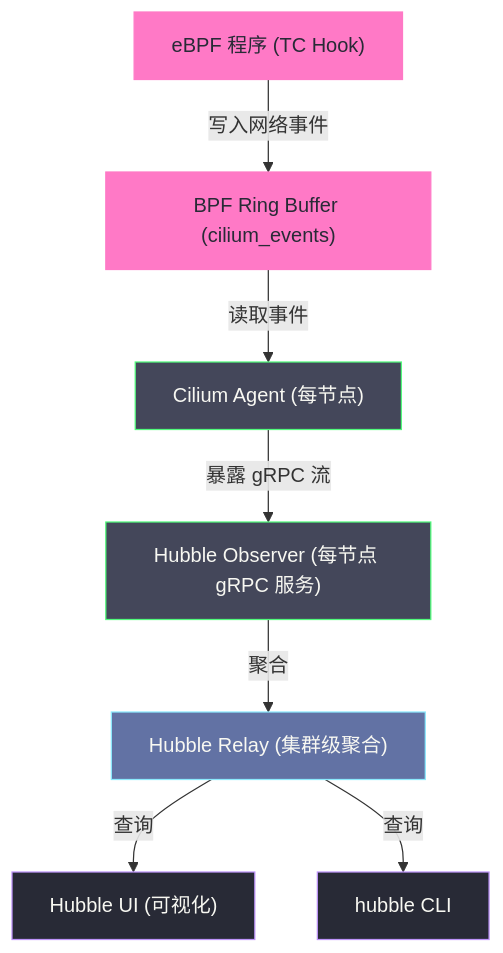
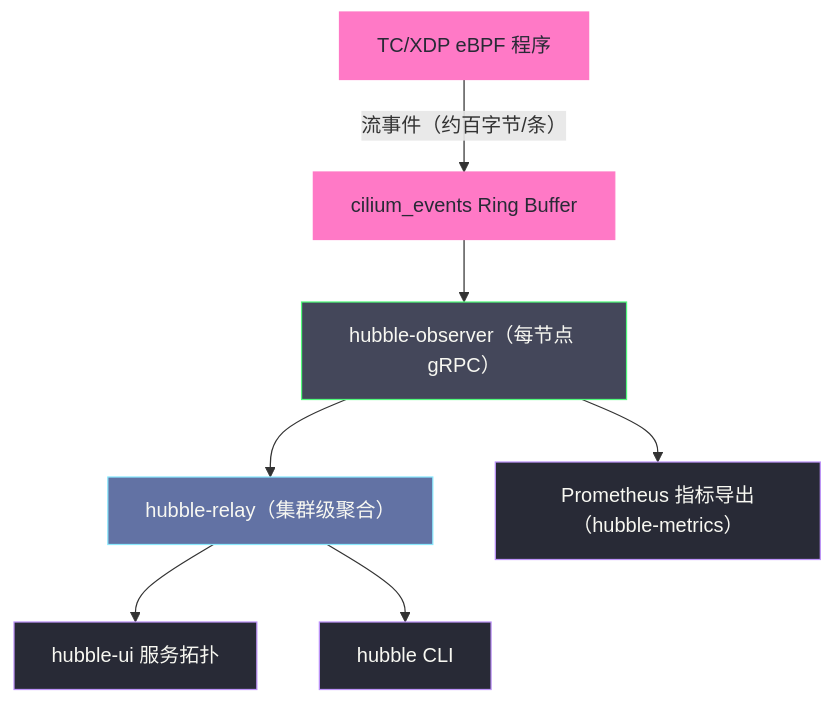
One commit to hpliStartAgain/my-brain changed the fourth of 4 diagrams in content/云原生/Kubernetes/kubernetes网络原理与插件/05 Cilium深度解析——eBPF驱动的下一代网络与可观测性.md. Above: the diagram before and after it, drawn with Mermaid. The commit also changed other lines of this file and 29 other files, not shown here.

````diff
--- a/content/云原生/Kubernetes/kubernetes网络原理与插件/05 Cilium深度解析——eBPF驱动的下一代网络与可观测性.md
+++ b/content/云原生/Kubernetes/kubernetes网络原理与插件/05 Cilium深度解析——eBPF驱动的下一代网络与可观测性.md
@@ -426,29 +335,20 @@
 ```mermaid
 %%{init: {'theme': 'dracula'}}%%
 graph TD
     classDef ebpf fill:#ff79c6,stroke:#ff79c6,color:#282a36
     classDef agent fill:#44475a,stroke:#50fa7b,color:#f8f8f2
     classDef server fill:#6272a4,stroke:#8be9fd,color:#f8f8f2
     classDef ui fill:#282a36,stroke:#bd93f9,color:#f8f8f2
 
-    eBPF["eBPF 程序 (TC Hook)"]
-    RingBuf["BPF Ring Buffer (cilium_events)"]
-    CiliumAgent["Cilium Agent (每节点)"]
-    HubbleObs["Hubble Observer (每节点 gRPC 服务)"]
-    HubbleRelay["Hubble Relay (集群级聚合)"]
-    HubbleUI["Hubble UI (可视化)"]
-    CLI["hubble CLI"]
+    eBPF["TC/XDP eBPF 程序"] -->|"流事件（约百字节/条）"| RB["cilium_events Ring Buffer"]
+    RB --> Obs["hubble-observer（每节点 gRPC）"]
+    Obs --> Relay["hubble-relay（集群级聚合）"]
+    Relay --> UI["hubble-ui 服务拓扑"]
+    Relay --> CLI["hubble CLI"]
+    Obs --> Prom["Prometheus 指标导出（hubble-metrics）"]
 
-    eBPF -->|"写入网络事件"| RingBuf
-    RingBuf -->|"读取事件"| CiliumAgent
-    CiliumAgent -->|"暴露 gRPC 流"| HubbleObs
-    HubbleObs -->|"聚合"| HubbleRelay
-    HubbleRelay -->|"查询"| HubbleUI
-    HubbleRelay -->|"查询"| CLI
-
-    class eBPF ebpf
-    class CiliumAgent,HubbleObs agent
-    class HubbleRelay server
-    class HubbleUI,CLI ui
-    class RingBuf ebpf
+    class eBPF,RB ebpf
+    class Obs agent
+    class Relay server
+    class UI,CLI,Prom ui
 ```
````
